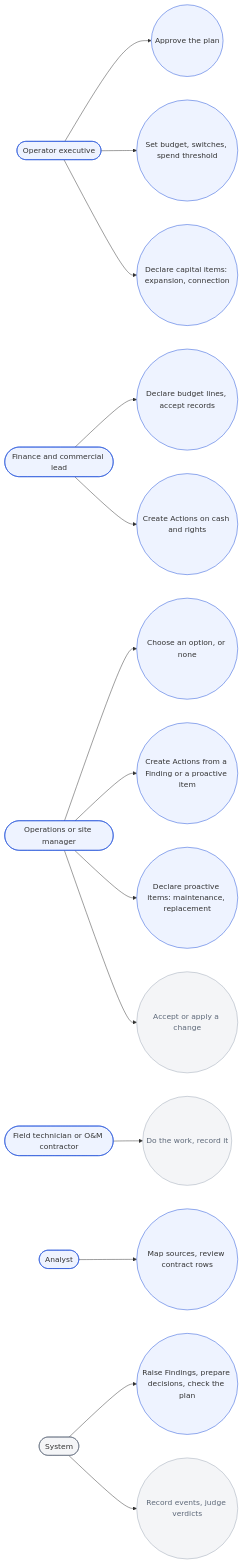
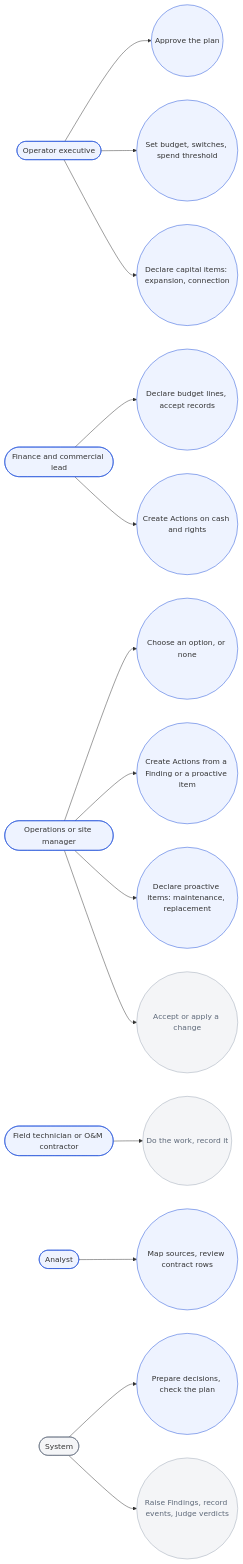
The seventh of 11 diagrams in Docs/demo-sprint/product-direction-layer4/layer4-transformation-design.md (bineyame/AssetOpsV1), drawn with Mermaid before and after one commit. The commit also changed other lines of this file and 4 other files, not shown here.

````diff
--- a/Docs/demo-sprint/product-direction-layer4/layer4-transformation-design.md
+++ b/Docs/demo-sprint/product-direction-layer4/layer4-transformation-design.md
@@ -464,26 +467,26 @@
 ```mermaid
 flowchart LR
   EX(["Operator executive"]):::actor
   FC(["Finance and commercial lead"]):::actor
   SM(["Operations or site manager"]):::actor
   FT(["Field technician or O&M contractor"]):::actor
   AO(["Analyst"]):::actor
   SYS(["System"]):::sys
   EX --> U1(("Approve the plan")):::new
   EX --> U2(("Set budget, switches, spend threshold")):::new
   SM --> U3(("Choose an option, or none")):::new
   SM --> U12(("Create Actions from a Finding or a proactive item")):::new
   SM --> U13(("Declare proactive items: maintenance, replacement")):::new
   EX --> U14(("Declare capital items: expansion, connection")):::new
   SM --> U5(("Accept or apply a change")):::keep
   FT --> U6(("Do the work, record it")):::keep
   FC --> U7(("Declare budget lines, accept records")):::new
   FC --> U8(("Create Actions on cash and rights")):::new
   AO --> U11(("Map sources, review contract rows")):::new
-  SYS --> U9(("Raise Findings, prepare decisions, check the plan")):::new
-  SYS --> U10(("Record events, judge verdicts")):::keep
+  SYS --> U9(("Prepare decisions, check the plan")):::new
+  SYS --> U10(("Raise Findings, record events, judge verdicts")):::keep
   classDef actor fill:#eef3ff,stroke:#1d4ed8
   classDef sys fill:#f4f5f7,stroke:#5d6878
   classDef new fill:#eef3ff,stroke:#1d4ed8
   classDef keep fill:#f4f5f7,stroke:#9aa5b4,color:#5d6878
 ```
````
